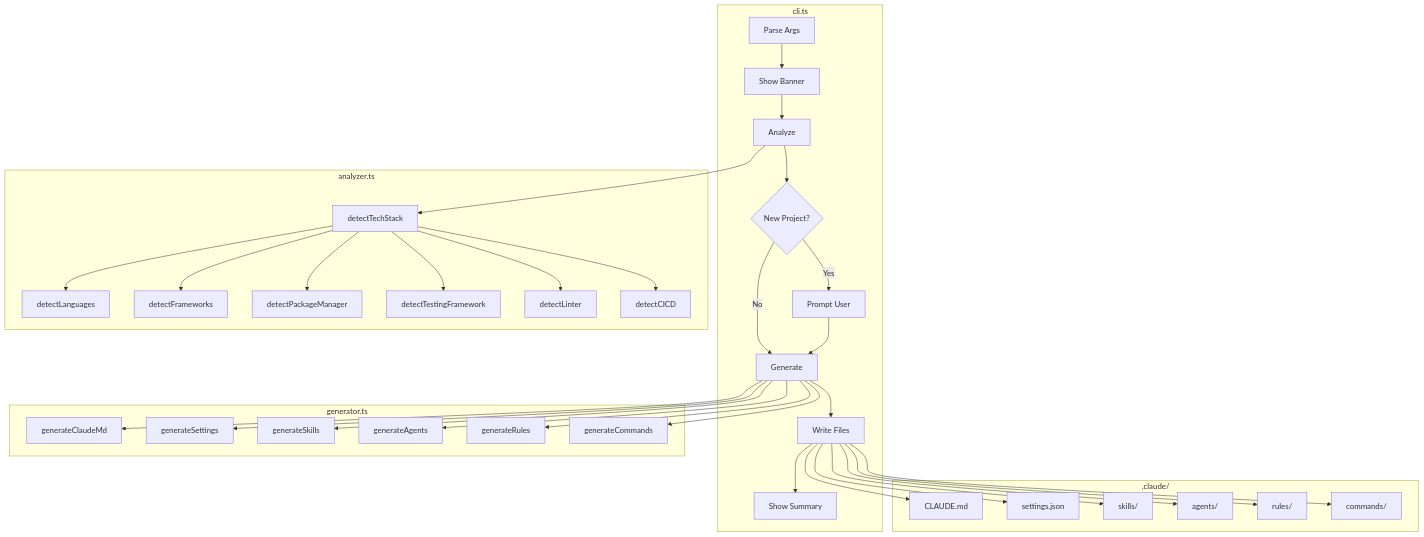
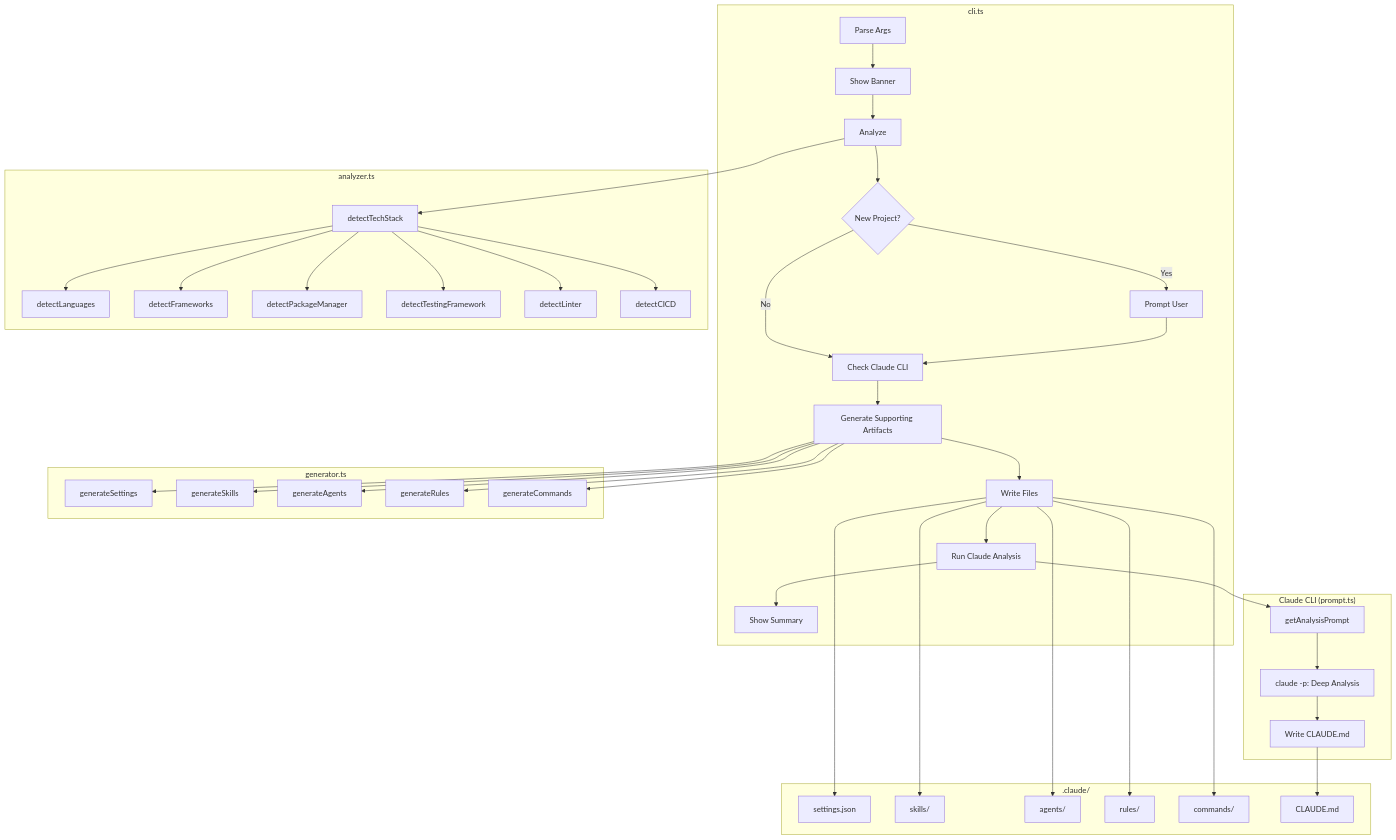
The diagram in docs/ARCHITECTURE.md (cassmtnr/claude-code-starter), drawn with Mermaid before and after one commit. The commit also changed other lines of this file and 8 other files, not shown here.

First line of the commit message:
feat: Integrate Claude CLI for deep project analysis and generate CLAUDE.md

````diff
--- a/docs/ARCHITECTURE.md
+++ b/docs/ARCHITECTURE.md
@@ -129,41 +140,48 @@
 ```mermaid
 flowchart TB
     subgraph CLI["cli.ts"]
         A[Parse Args] --> B[Show Banner]
         B --> C[Analyze]
         C --> D{New Project?}
         D -->|Yes| E[Prompt User]
-        D -->|No| F[Generate]
+        D -->|No| F[Check Claude CLI]
         E --> F
-        F --> G[Write Files]
-        G --> H[Show Summary]
+        F --> G[Generate Supporting Artifacts]
+        G --> H[Write Files]
+        H --> I[Run Claude Analysis]
+        I --> J[Show Summary]
     end
 
     subgraph Analyzer["analyzer.ts"]
-        C --> I[detectTechStack]
-        I --> J[detectLanguages]
-        I --> K[detectFrameworks]
-        I --> L[detectPackageManager]
-        I --> M[detectTestingFramework]
-        I --> N[detectLinter]
-        I --> O[detectCICD]
+        C --> K[detectTechStack]
+        K --> L[detectLanguages]
+        K --> M[detectFrameworks]
+        K --> N[detectPackageManager]
+        K --> O[detectTestingFramework]
+        K --> P[detectLinter]
+        K --> Q[detectCICD]
     end
 
     subgraph Generator["generator.ts"]
-        F --> P[generateClaudeMd]
-        F --> Q[generateSettings]
-        F --> R[generateSkills]
-        F --> S[generateAgents]
-        F --> T[generateRules]
-        F --> U[generateCommands]
+        G --> R[generateSettings]
+        G --> S[generateSkills]
+        G --> T[generateAgents]
+        G --> U[generateRules]
+        G --> V[generateCommands]
+    end
+
+    subgraph ClaudeCLI["Claude CLI (prompt.ts)"]
+        I --> W[getAnalysisPrompt]
+        W --> X[claude -p: Deep Analysis]
+        X --> Y[Write CLAUDE.md]
     end
 
     subgraph Output[".claude/"]
-        G --> V[CLAUDE.md]
-        G --> W[settings.json]
-        G --> X[skills/]
-        G --> Y[agents/]
-        G --> Z[rules/]
-        G --> AA[commands/]
+        H --> Z[settings.json]
+        H --> AA[skills/]
+        H --> AB[agents/]
+        H --> AC[rules/]
+        H --> AD[commands/]
+        Y --> AE[CLAUDE.md]
     end
 ```
````
